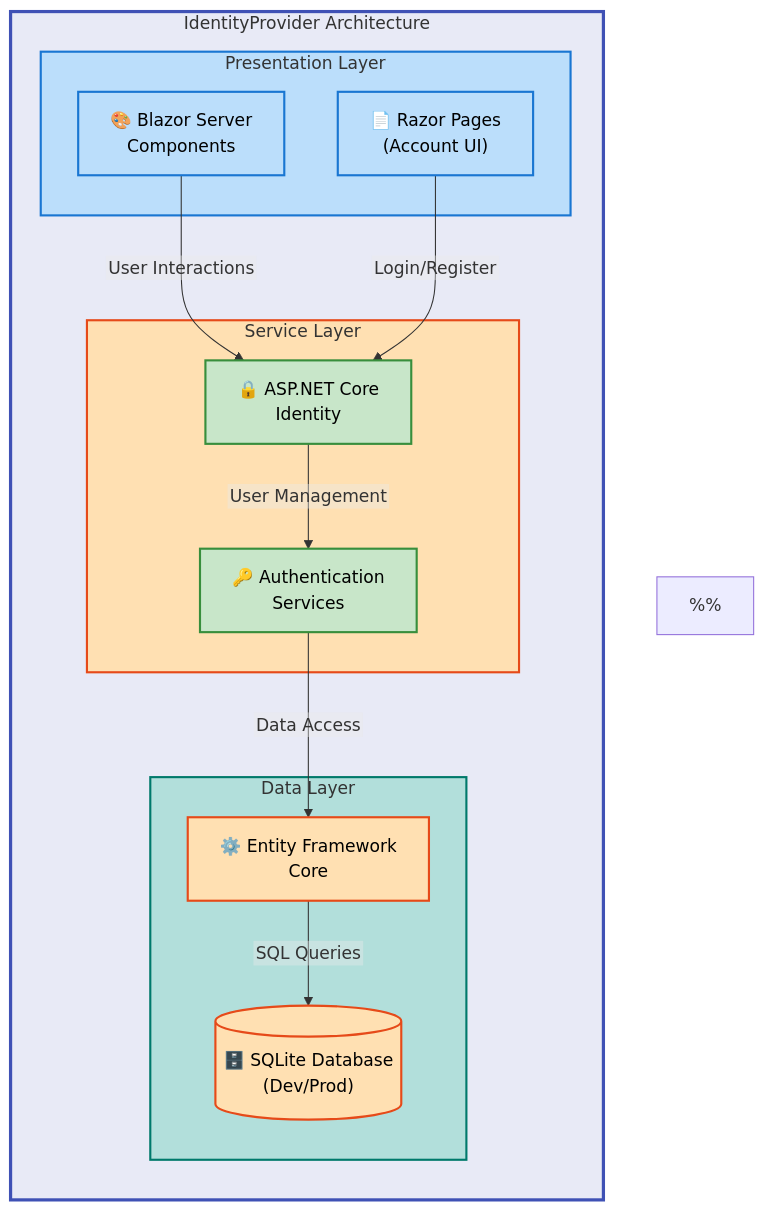
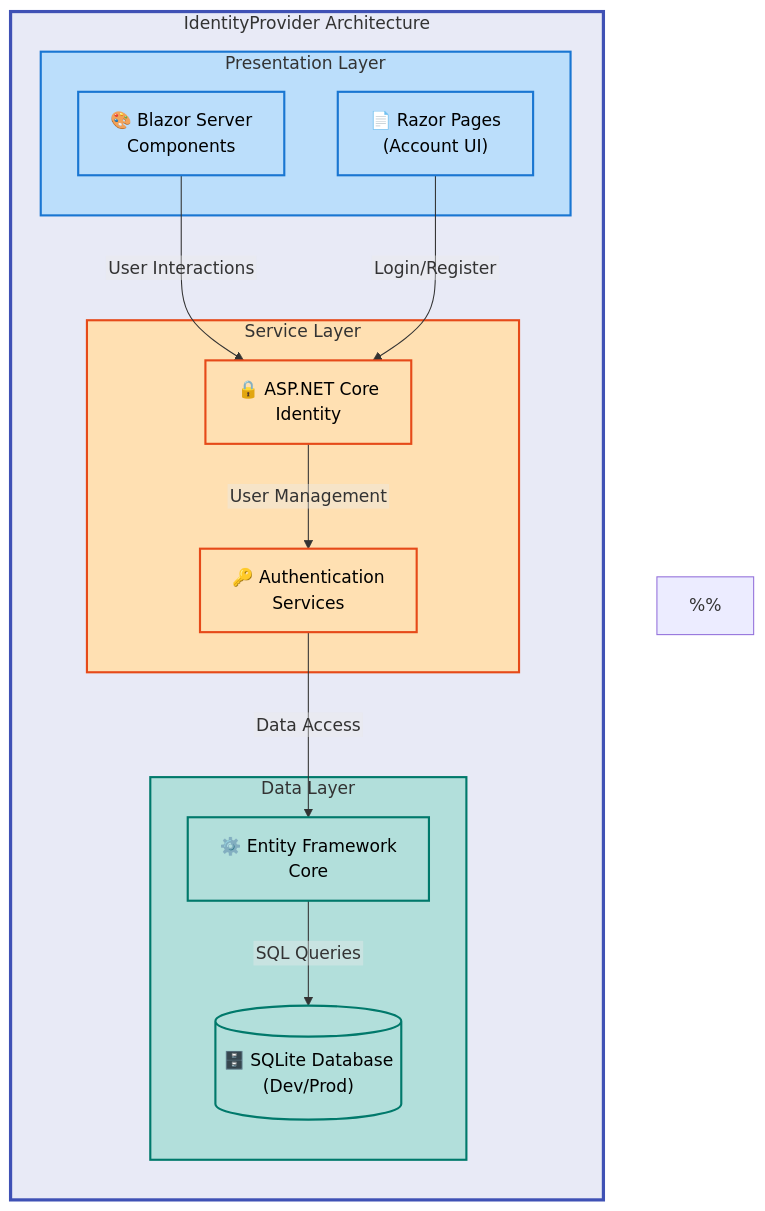
One commit to Evilazaro/IdentityProvider changed the diagram in README.md. Above: the diagram before and after it, drawn with Mermaid.

Commit message:
Update architecture diagram color scheme in README.md for improved visual distinction of layers

```diff
--- a/README.md
+++ b/README.md
@@ -93,13 +93,13 @@
         end
 
         subgraph services["Service Layer"]
-            identity["🔒 ASP.NET Core<br/>Identity"]:::mdGreen
-            auth["🔑 Authentication<br/>Services"]:::mdGreen
+            identity["🔒 ASP.NET Core<br/>Identity"]:::mdOrange
+            auth["🔑 Authentication<br/>Services"]:::mdOrange
         end
 
         subgraph data["Data Layer"]
-            ef["⚙️ Entity Framework<br/>Core"]:::mdOrange
-            db[("🗄️ SQLite Database<br/>(Dev/Prod)")]:::mdOrange
+            ef["⚙️ Entity Framework<br/>Core"]:::mdTeal
+            db[("🗄️ SQLite Database<br/>(Dev/Prod)")]:::mdTeal
         end
 
         blazor -->|"User Interactions"| identity
```
